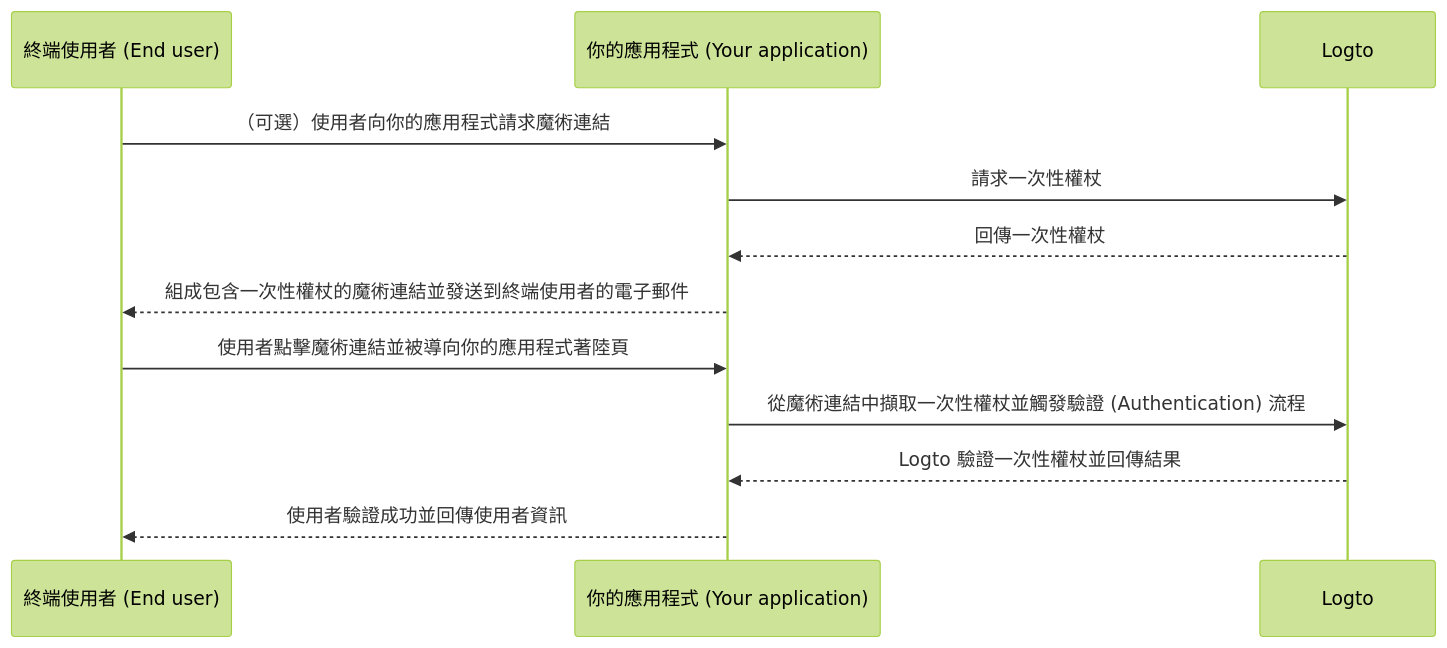
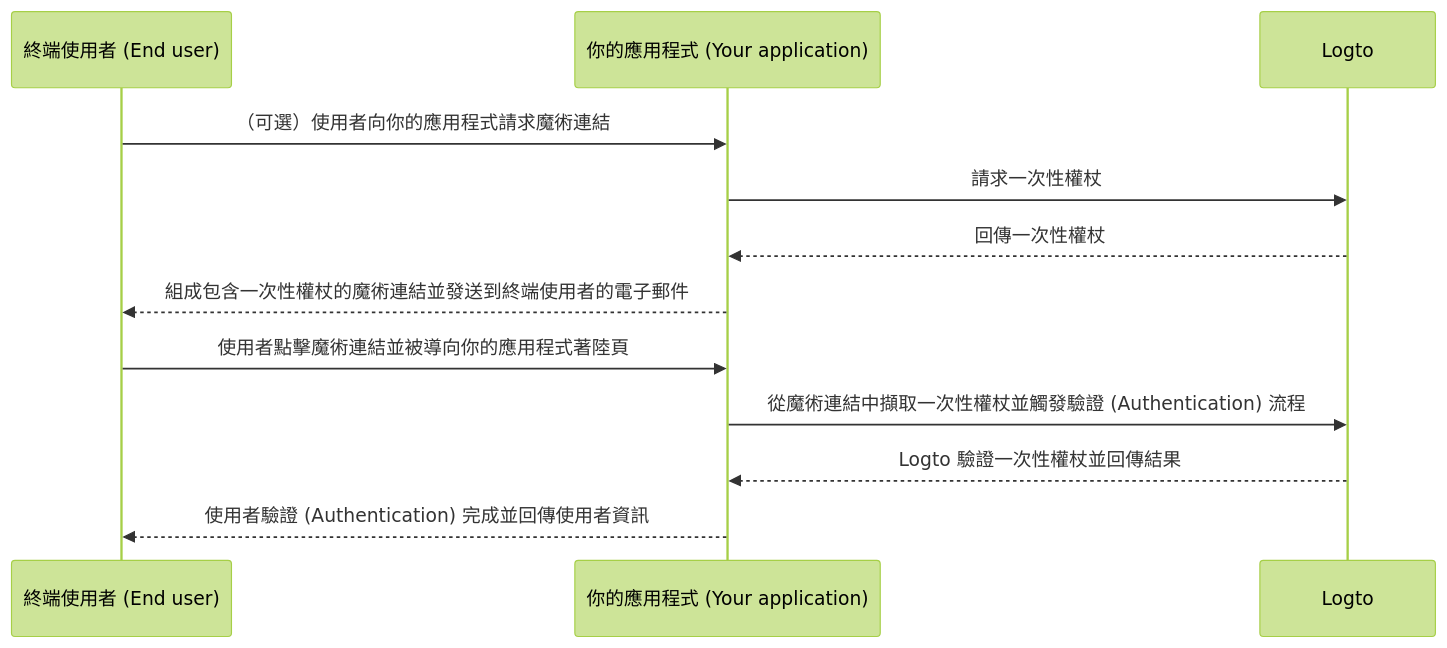
One commit to logto-io/docs changed the diagram in i18n/zh-TW/docusaurus-plugin-content-docs/current/end-user-flows/one-time-token.mdx. Above: the diagram before and after it, drawn with Mermaid (forest theme). The commit also changed other lines of this file and 46 other files, not shown here.

````diff
--- a/i18n/zh-TW/docusaurus-plugin-content-docs/current/end-user-flows/one-time-token.mdx
+++ b/i18n/zh-TW/docusaurus-plugin-content-docs/current/end-user-flows/one-time-token.mdx
@@ -24,15 +24,15 @@
 ```mermaid
 sequenceDiagram
   participant U as 終端使用者 (End user)
   participant C as 你的應用程式 (Your application)
   participant L as Logto
 
   U ->> C: （可選）使用者向你的應用程式請求魔術連結
   C ->> L: 請求一次性權杖
   L -->> C: 回傳一次性權杖
   C -->> U: 組成包含一次性權杖的魔術連結並發送到終端使用者的電子郵件
   U ->> C: 使用者點擊魔術連結並被導向你的應用程式著陸頁
   C ->> L: 從魔術連結中擷取一次性權杖並觸發驗證 (Authentication) 流程
   L -->> C: Logto 驗證一次性權杖並回傳結果
-  C -->> U: 使用者驗證成功並回傳使用者資訊
+  C -->> U: 使用者驗證 (Authentication) 完成並回傳使用者資訊
 ```
````
